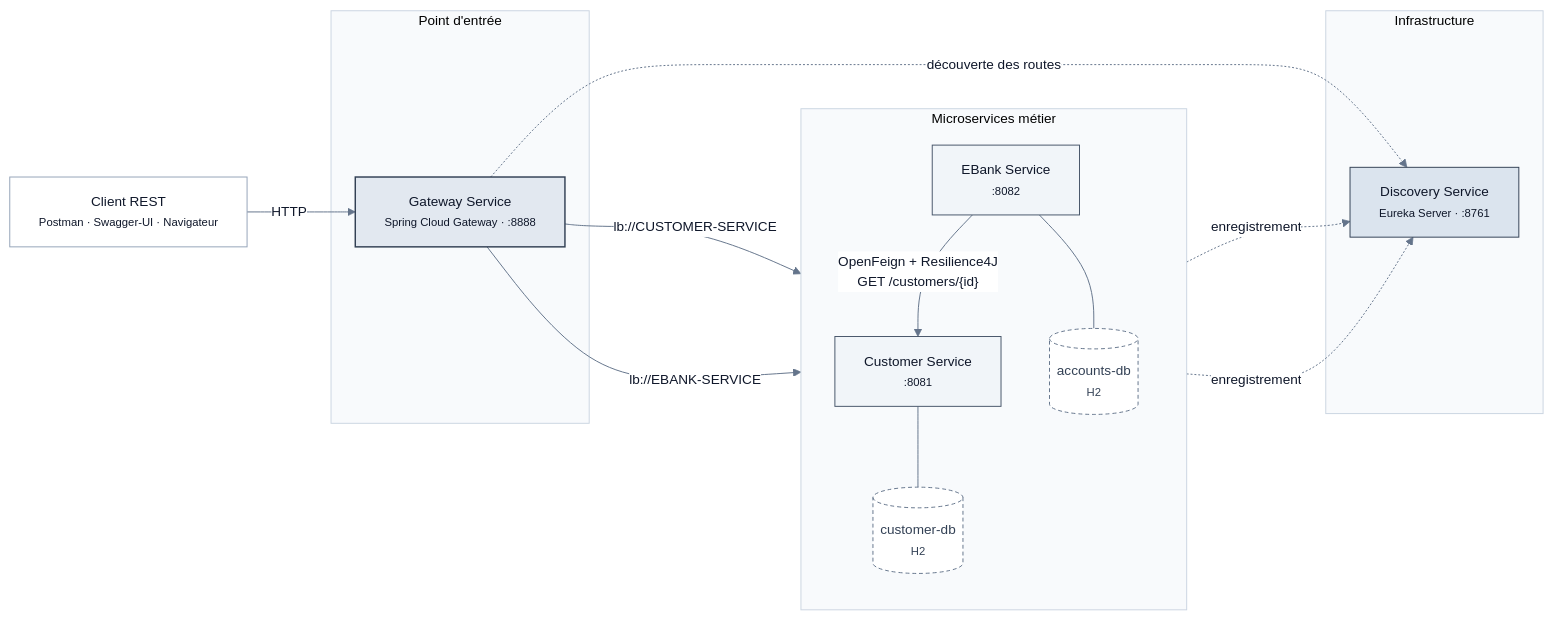
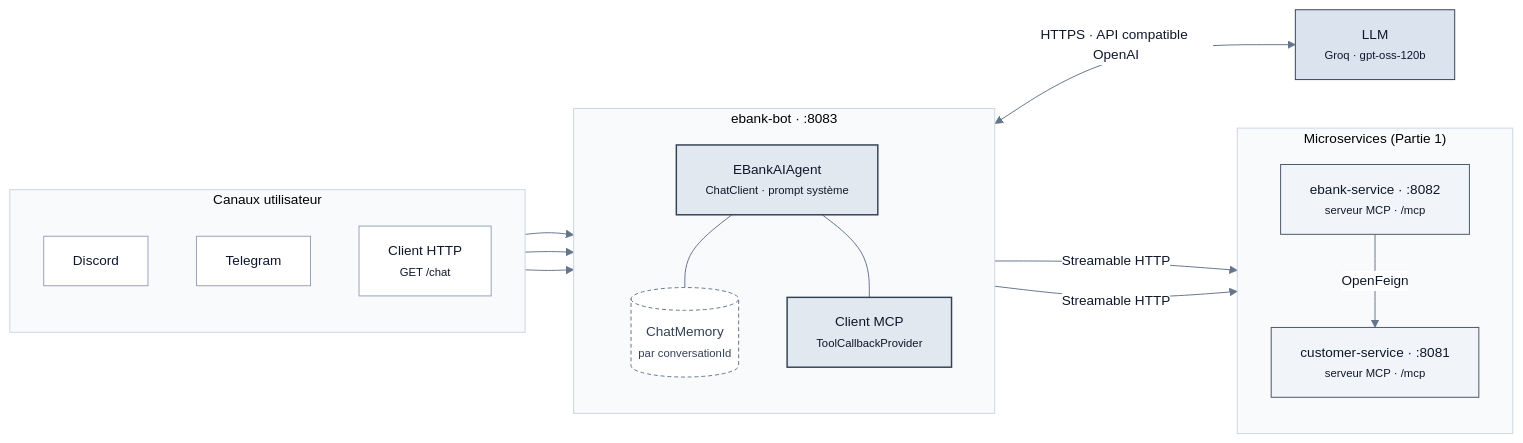
One commit to charly-zoungrana/ebank-microservices-project changed the first of 2 diagrams in README.md. Above: the diagram before and after it, drawn with Mermaid. The commit also changed other lines of this file and 4 other files, not shown here.

````diff
--- a/README.md
+++ b/README.md
@@ -68,43 +70,46 @@
 ```mermaid
 %%{init: {'theme':'base','themeVariables':{'fontFamily':'Segoe UI, Helvetica, Arial, sans-serif','fontSize':'14px','primaryColor':'#F1F5F9','primaryBorderColor':'#475569','primaryTextColor':'#0F172A','lineColor':'#64748B','clusterBkg':'#F8FAFC','clusterBorder':'#CBD5E1','edgeLabelBackground':'#FFFFFF'}}}%%
 flowchart LR
-    CLIENT["Client REST<br/><small>Postman · Swagger-UI · Navigateur</small>"]
-
-    subgraph EDGE["Point d'entrée"]
-        GW["Gateway Service<br/><small>Spring Cloud Gateway · :8888</small>"]
+    subgraph CANAUX["Canaux utilisateur"]
+        direction TB
+        DC["Discord"]
+        TG["Telegram"]
+        HTTP["Client HTTP<br/><small>GET /chat</small>"]
     end
 
-    subgraph BUSINESS["Microservices métier"]
+    subgraph BOT["ebank-bot · :8083"]
         direction TB
-        CS["Customer Service<br/><small>:8081</small>"]
-        ES["EBank Service<br/><small>:8082</small>"]
-        CDB[("customer-db<br/><small>H2</small>")]
-        ADB[("accounts-db<br/><small>H2</small>")]
-        CS --- CDB
-        ES --- ADB
+        AG["EBankAIAgent<br/><small>ChatClient · prompt système</small>"]
+        MEM[("ChatMemory<br/><small>par conversationId</small>")]
+        MCPC["Client MCP<br/><small>ToolCallbackProvider</small>"]
+        AG --- MEM
+        AG --- MCPC
     end
 
-    subgraph INFRA["Infrastructure"]
-        DS["Discovery Service<br/><small>Eureka Server · :8761</small>"]
+    LLM["LLM<br/><small>Groq · gpt-oss-120b</small>"]
+
+    subgraph SERVICES["Microservices (Partie 1)"]
+        direction TB
+        CS["customer-service · :8081<br/><small>serveur MCP · /mcp</small>"]
+        ES["ebank-service · :8082<br/><small>serveur MCP · /mcp</small>"]
     end
 
-    CLIENT -->|"HTTP"| GW
-    GW -->|"lb://CUSTOMER-SERVICE"| CS
-    GW -->|"lb://EBANK-SERVICE"| ES
-    ES -->|"OpenFeign + Resilience4J<br/>GET /customers/{id}"| CS
+    DC --> AG
+    TG --> AG
+    HTTP --> AG
+    AG <-->|"HTTPS · API compatible OpenAI"| LLM
+    MCPC -->|"Streamable HTTP"| CS
+    MCPC -->|"Streamable HTTP"| ES
+    ES -->|"OpenFeign"| CS
 
-    CS -.->|"enregistrement"| DS
-    ES -.->|"enregistrement"| DS
-    GW -.->|"découverte des routes"| DS
-
-    classDef client fill:#FFFFFF,stroke:#94A3B8,color:#0F172A
-    classDef edge fill:#E2E8F0,stroke:#334155,color:#0F172A,stroke-width:1.5px
+    classDef chan fill:#FFFFFF,stroke:#94A3B8,color:#0F172A
+    classDef core fill:#E2E8F0,stroke:#334155,color:#0F172A,stroke-width:1.5px
     classDef svc fill:#F1F5F9,stroke:#475569,color:#0F172A
-    classDef infra fill:#DBE4EE,stroke:#334155,color:#0F172A
+    classDef ext fill:#DBE4EE,stroke:#334155,color:#0F172A
     classDef db fill:#FFFFFF,stroke:#64748B,color:#334155,stroke-dasharray:4 3
-    class CLIENT client
-    class GW edge
+    class DC,TG,HTTP chan
+    class AG,MCPC core
     class CS,ES svc
-    class DS infra
-    class CDB,ADB db
+    class LLM ext
+    class MEM db
 ```
````
